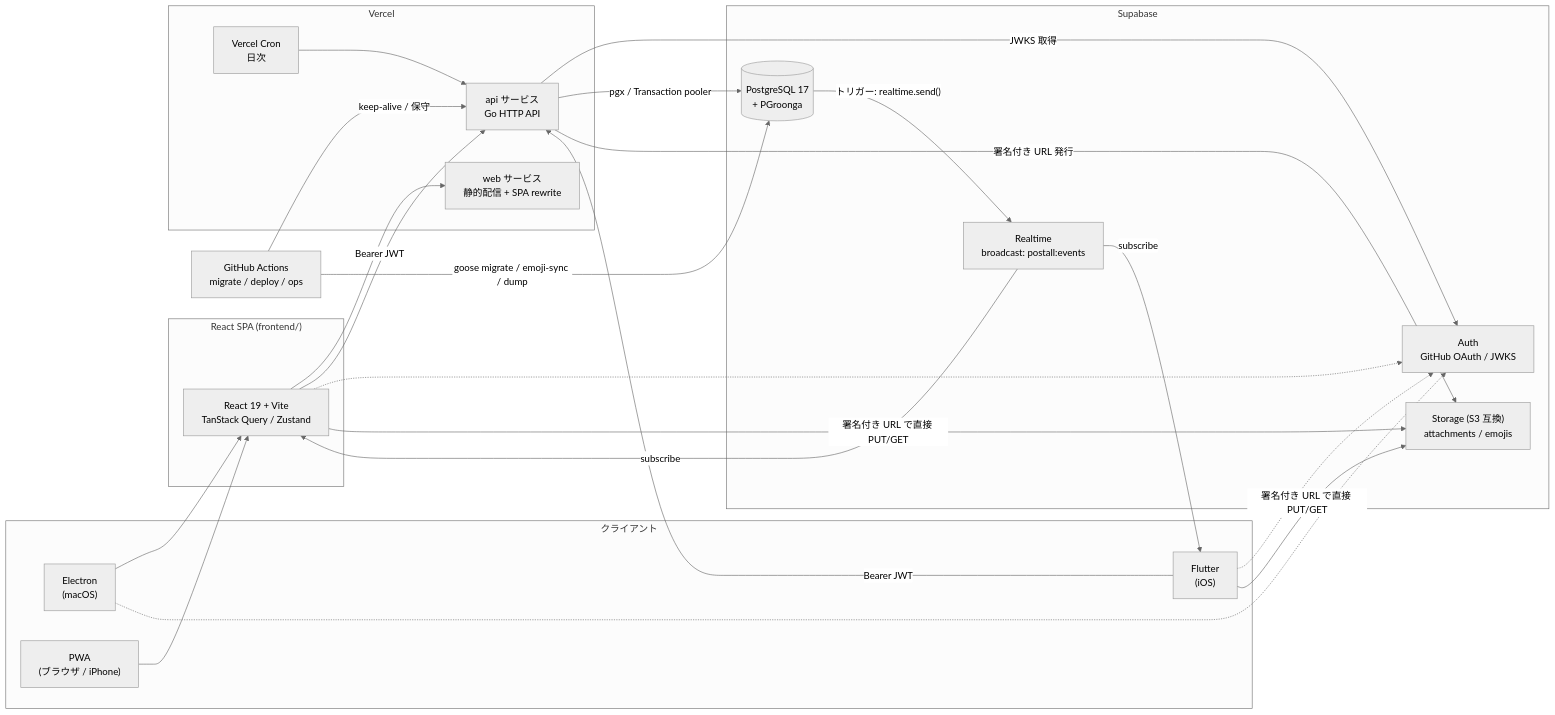
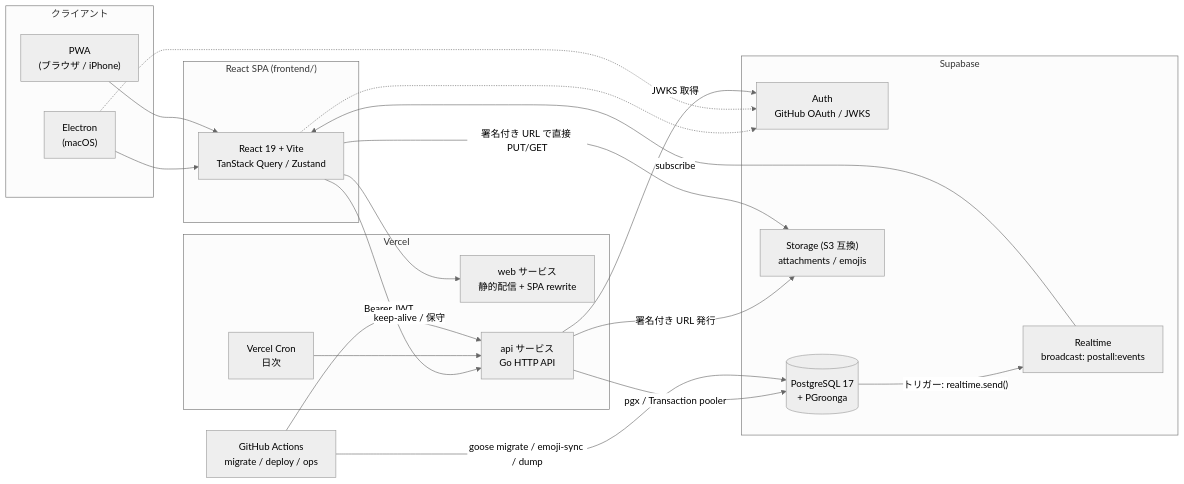
Before and after one commit to sudabon/PostAll: the first of 5 diagrams in ARCHITECTURE.md, drawn with Mermaid (neutral theme). The commit also changed other lines of this file and 167 other files, not shown here.

Commit message:
Flutter関連のファイルを削除し、モバイルディレクトリをクリーンアップしました。また、.gitignoreにFlutter関連のエントリを追加し、ARCHITECTURE.mdやREADME.mdの内容を更新して、Flutterのサポートを削除しました。

````diff
--- a/ARCHITECTURE.md
+++ b/ARCHITECTURE.md
@@ -14,52 +14,47 @@
 ```mermaid
 flowchart LR
     subgraph clients["クライアント"]
         electron["Electron<br/>(macOS)"]
         pwa["PWA<br/>(ブラウザ / iPhone)"]
-        ios["Flutter<br/>(iOS)"]
     end
 
     subgraph web["React SPA (frontend/)"]
         spa["React 19 + Vite<br/>TanStack Query / Zustand"]
     end
 
     subgraph vercel["Vercel"]
         static["web サービス<br/>静的配信 + SPA rewrite"]
         api["api サービス<br/>Go HTTP API"]
         cron["Vercel Cron<br/>日次"]
     end
 
     subgraph supabase["Supabase"]
         auth["Auth<br/>GitHub OAuth / JWKS"]
         pg[("PostgreSQL 17<br/>+ PGroonga")]
         storage["Storage (S3 互換)<br/>attachments / emojis"]
         realtime["Realtime<br/>broadcast: postall:events"]
     end
 
     gha["GitHub Actions<br/>migrate / deploy / ops"]
 
     electron --> spa
     pwa --> spa
     spa --> static
     spa -- "Bearer JWT" --> api
-    ios -- "Bearer JWT" --> api
 
     spa -.-> auth
-    ios -.-> auth
     electron -.-> auth
 
     api -- "JWKS 取得" --> auth
     api -- "pgx / Transaction pooler" --> pg
     api -- "署名付き URL 発行" --> storage
 
     spa -- "署名付き URL で直接 PUT/GET" --> storage
-    ios -- "署名付き URL で直接 PUT/GET" --> storage
 
     pg -- "トリガー: realtime.send()" --> realtime
     realtime -- "subscribe" --> spa
-    realtime -- "subscribe" --> ios
 
     cron --> api
     gha -- "keep-alive / 保守" --> api
     gha -- "goose migrate / emoji-sync / dump" --> pg
 ```
````
